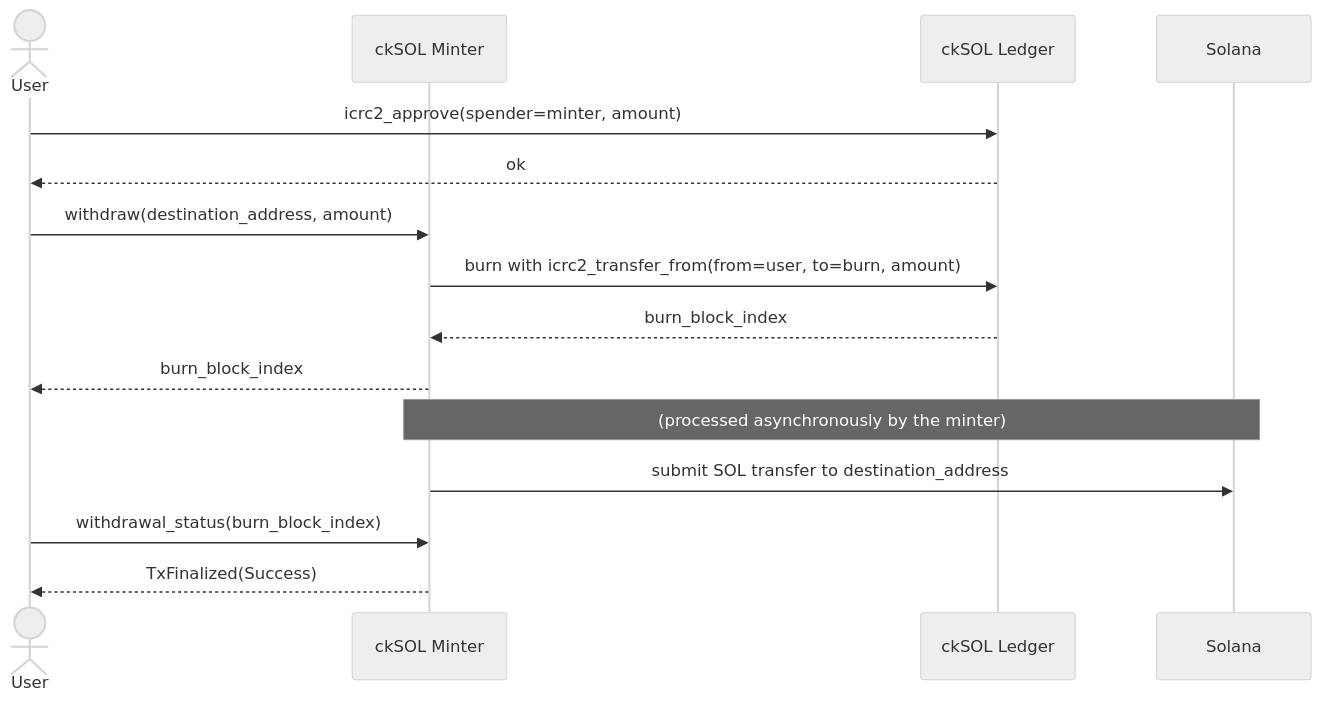
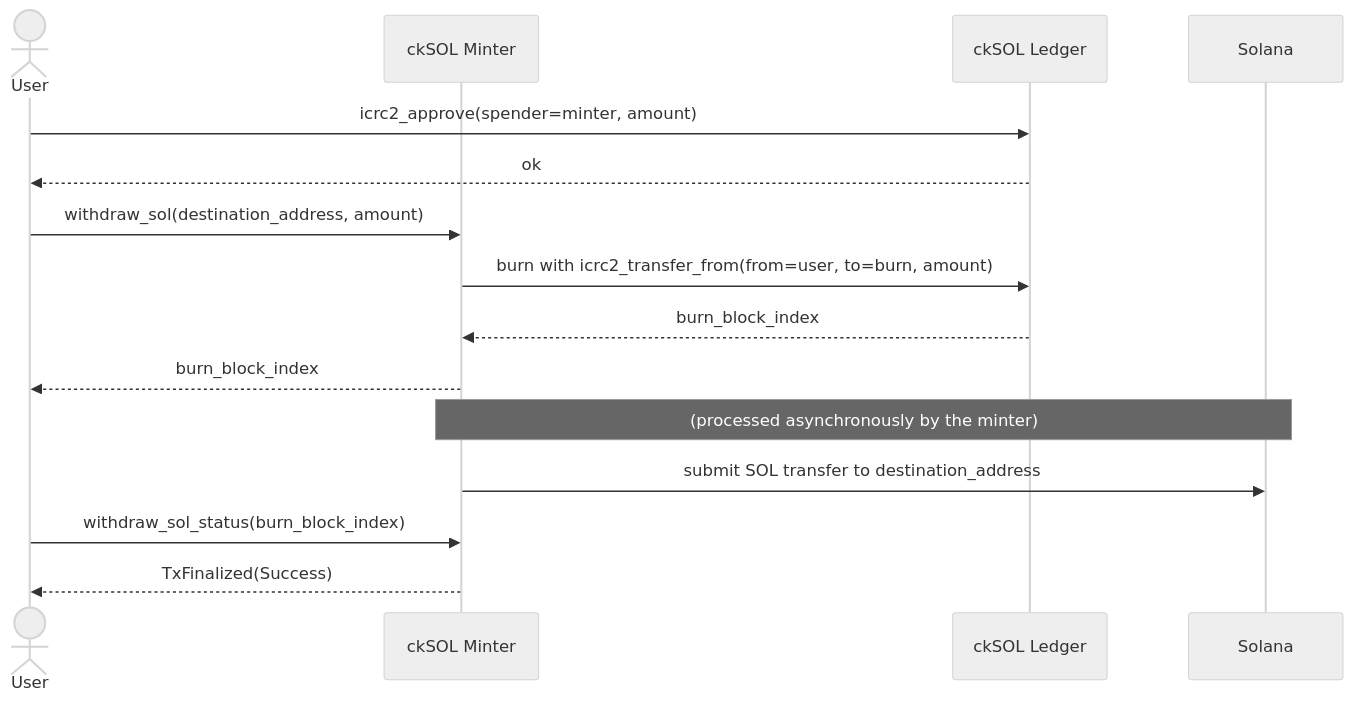
One commit to dfinity/cksol changed the second of 3 diagrams in README.md. Above: the diagram before and after it, drawn with Mermaid (neutral theme). The commit also changed other lines of this file and 13 other files, not shown here.

First line of the commit message:
refactor(minter)!: name the withdrawal and status endpoints after the asset (#262)

````diff
--- a/README.md
+++ b/README.md
@@ -92,21 +92,21 @@
 ```mermaid
 sequenceDiagram
     actor User
     participant Minter as ckSOL Minter
     participant Ledger as ckSOL Ledger
     participant Solana
 
     User->>Ledger: icrc2_approve(spender=minter, amount)
     Ledger-->>User: ok
 
-    User->>Minter: withdraw(destination_address, amount)
+    User->>Minter: withdraw_sol(destination_address, amount)
     Minter->>Ledger: burn with icrc2_transfer_from(from=user, to=burn, amount)
     Ledger-->>Minter: burn_block_index
     Minter-->>User: burn_block_index
 
     Note over Minter,Solana: (processed asynchronously by the minter)
     Minter->>Solana: submit SOL transfer to destination_address
 
-    User->>Minter: withdrawal_status(burn_block_index)
+    User->>Minter: withdraw_sol_status(burn_block_index)
     Minter-->>User: TxFinalized(Success)
 ```
````
